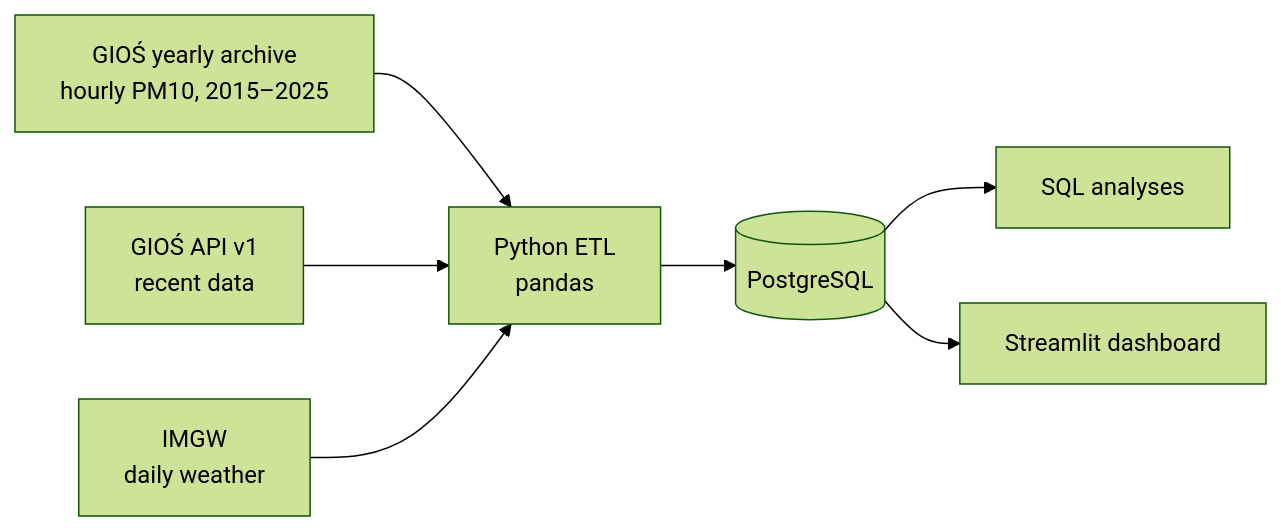
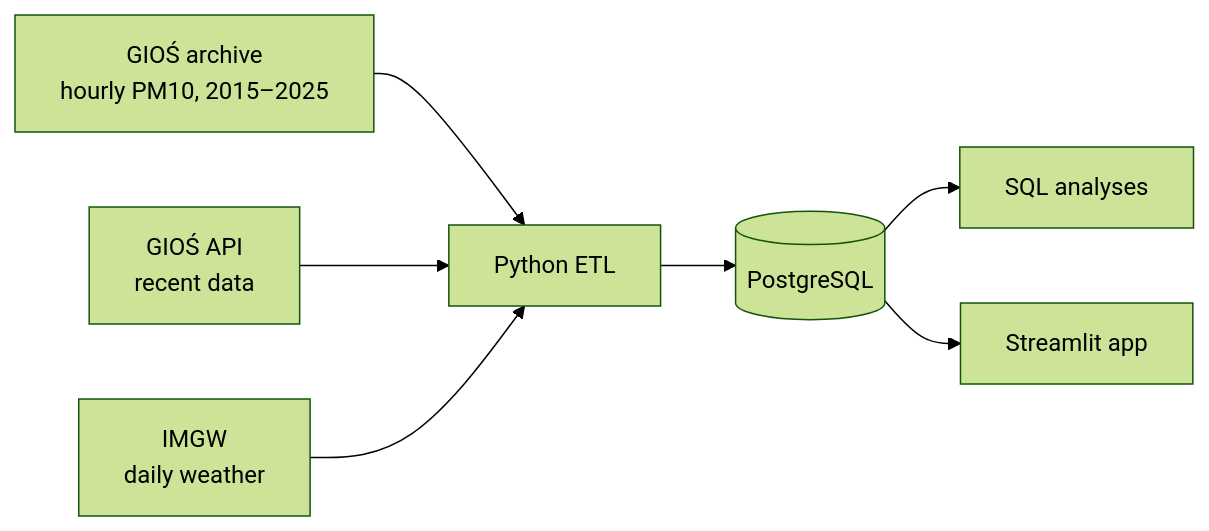
The diagram in README.md (KardaszS/poland-air-quality), drawn with Mermaid (forest theme) before and after one commit. The commit also changed other lines of this file, not shown here.

Commit message:
Download GIOŚ archive 2015-2025, document data decisions

````diff
--- a/README.md
+++ b/README.md
@@ -25,9 +13,9 @@
 ```mermaid
 flowchart LR
-    A[GIOŚ yearly archive<br/>hourly PM10, 2015–2025] --> P[Python ETL<br/>pandas]
-    B[GIOŚ API v1<br/>recent data] --> P
+    A[GIOŚ archive<br/>hourly PM10, 2015–2025] --> P[Python ETL]
+    B[GIOŚ API<br/>recent data] --> P
     C[IMGW<br/>daily weather] --> P
     P --> D[(PostgreSQL)]
     D --> S[SQL analyses]
-    D --> E[Streamlit dashboard]
+    D --> E[Streamlit app]
 ```
````
